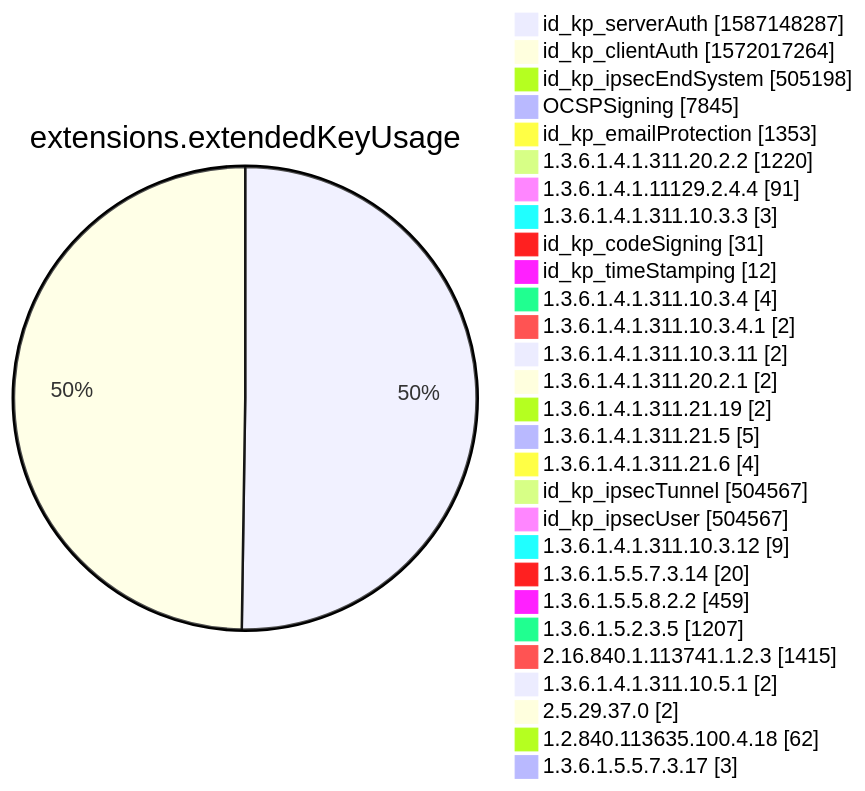
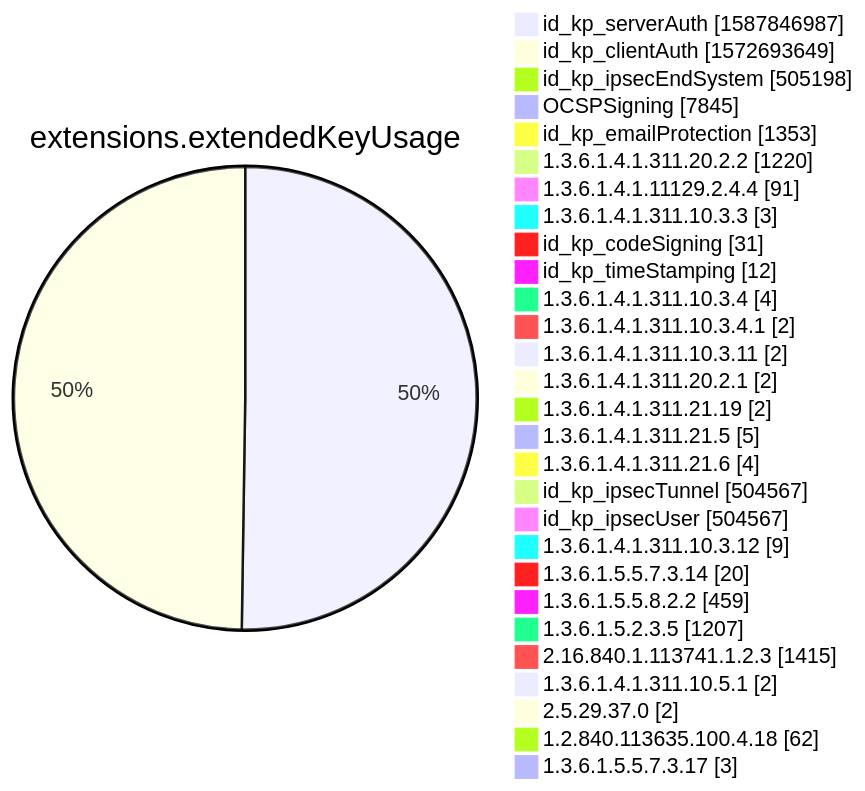
One commit to christiankrug/ctmonitor_visualization changed diagram 12 of 15 in xenon2022/README.md. Above: the diagram before and after it, drawn with Mermaid. The commit also changed other lines of this file, not shown here.

````diff
--- a/xenon2022/README.md
+++ b/xenon2022/README.md
@@ -3884,32 +3884,32 @@
 ```mermaid
 pie showData
 title extensions.extendedKeyUsage
-"id_kp_serverAuth" :1587148287
-"id_kp_clientAuth" :1572017264
+"id_kp_serverAuth" :1587846987
+"id_kp_clientAuth" :1572693649
 "id_kp_ipsecEndSystem" :505198
 "OCSPSigning" :7845
 "id_kp_emailProtection" :1353
 "1.3.6.1.4.1.311.20.2.2" :1220
 "1.3.6.1.4.1.11129.2.4.4" :91
 "1.3.6.1.4.1.311.10.3.3" :3
 "id_kp_codeSigning" :31
 "id_kp_timeStamping" :12
 "1.3.6.1.4.1.311.10.3.4" :4
 "1.3.6.1.4.1.311.10.3.4.1" :2
 "1.3.6.1.4.1.311.10.3.11" :2
 "1.3.6.1.4.1.311.20.2.1" :2
 "1.3.6.1.4.1.311.21.19" :2
 "1.3.6.1.4.1.311.21.5" :5
 "1.3.6.1.4.1.311.21.6" :4
 "id_kp_ipsecTunnel" :504567
 "id_kp_ipsecUser" :504567
 "1.3.6.1.4.1.311.10.3.12" :9
 "1.3.6.1.5.5.7.3.14" :20
 "1.3.6.1.5.5.8.2.2" :459
 "1.3.6.1.5.2.3.5" :1207
 "2.16.840.1.113741.1.2.3" :1415
 "1.3.6.1.4.1.311.10.5.1" :2
 "2.5.29.37.0" :2
 "1.2.840.113635.100.4.18" :62
 "1.3.6.1.5.5.7.3.17" :3
 ```
````
